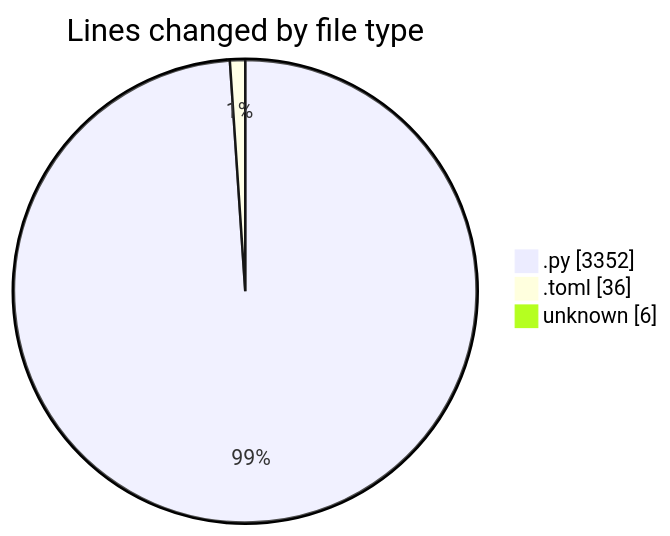
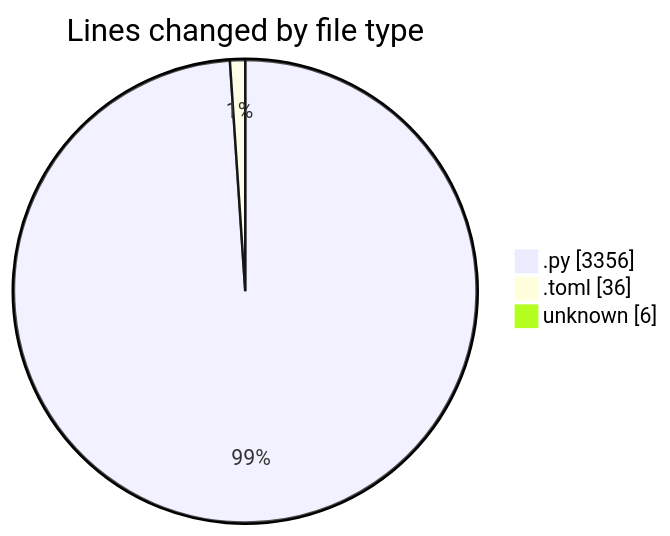
The first of 2 diagrams in 2025-11-20/eventscop-api-guide__workspace_/README.md (julien-gomy/code-tracking), drawn with Mermaid before and after one commit. The commit also changed other lines of this file and 1 other file, not shown here.

````diff
--- a/2025-11-20/eventscop-api-guide__workspace_/README.md
+++ b/2025-11-20/eventscop-api-guide__workspace_/README.md
@@ -32,7 +32,7 @@
 ```mermaid
 pie showData
 title Lines changed by file type
-".py" : 3352
+".py" : 3356
 ".toml" : 36
 "unknown" : 6
 ```
````
